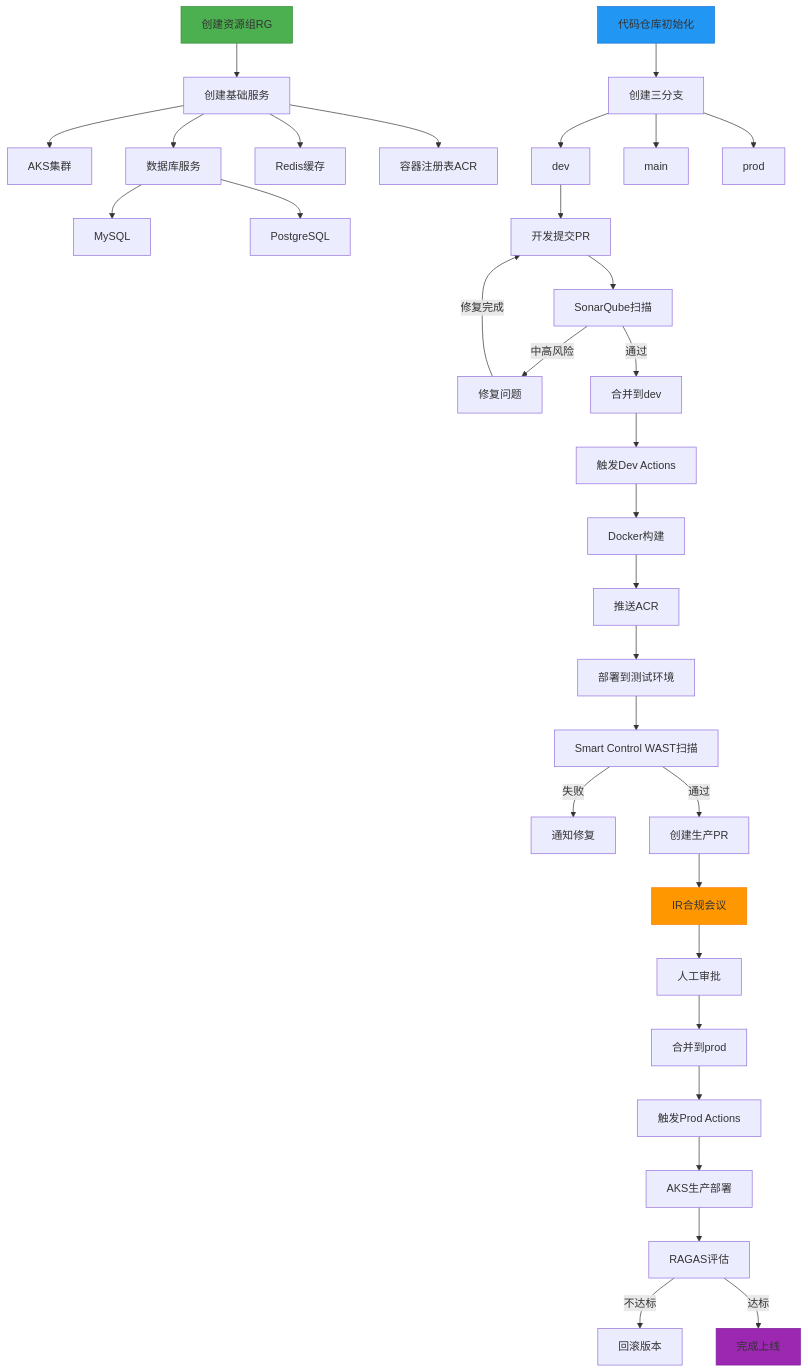
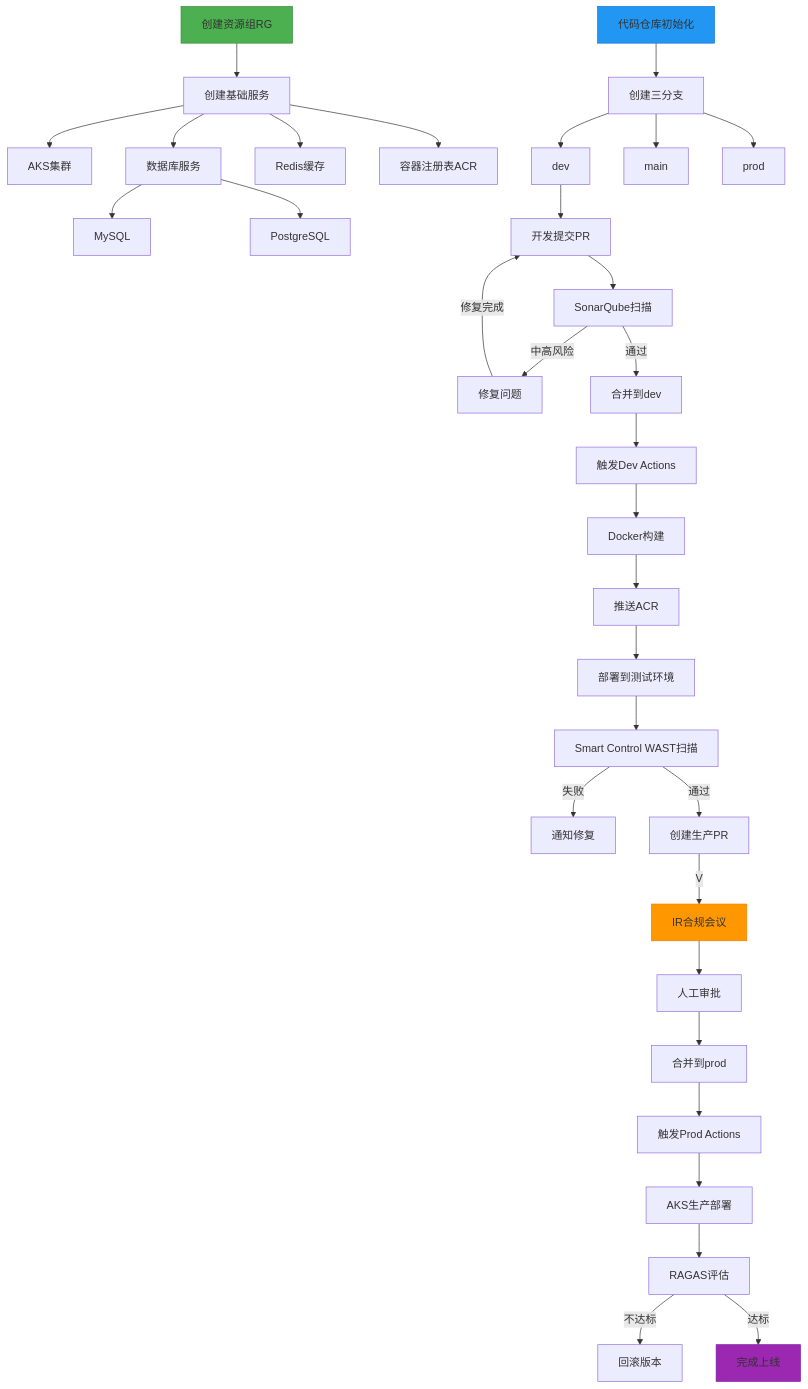
One commit to funnyData/iodraw-files changed the diagram in all/未命名-1.md. Above: the diagram before and after it, drawn with Mermaid.

Commit message:
2025-02-27 09:03:51 update

````diff
--- a/all/未命名-1.md
+++ b/all/未命名-1.md
@@ -1,51 +1,52 @@
 ```mermaid
 graph TD
     A[创建资源组RG] --> B[创建基础服务]
     B --> C[AKS集群]
     B --> D[数据库服务]
     D --> DA[MySQL]
     D --> DB[PostgreSQL]
     B --> E[Redis缓存]
     B --> F[容器注册表ACR]
     
     G[代码仓库初始化] --> H[创建三分支]
     H --> I[dev]
     H --> J[main]
     H --> K[prod]
     
     I --> L[开发提交PR]
     L --> M[SonarQube扫描]
     M -->|中高风险| N[修复问题]
     N -->|修复完成|L
     M -->|通过| O[合并到dev]
     
     O --> P[触发Dev Actions]
     P --> Q[Docker构建]
     Q --> R[推送ACR]
     R --> S[部署到测试环境]
     
     S --> T[Smart Control WAST扫描]
     T -->|失败| U[通知修复]
 
     
     T -->|通过| V[创建生产PR]
+    V --
     
     V --> W[IR合规会议]
     W --> X[人工审批]
     X --> Y[合并到prod]
     
     Y --> Z[触发Prod Actions]
     Z --> AC[AKS生产部署]
     %% Z --> AA[安全扫描]
     %% AA -->|高风险| AB[终止部署]
     %% AA -->|通过| AC[AKS生产部署]
     
     AC --> AD[RAGAS评估]
     AD -->|不达标| AE[回滚版本]
     AD -->|达标| AF[完成上线]
     
     style A fill:#4CAF50,stroke:#388E3C
     style G fill:#2196F3,stroke:#1976D2
     style W fill:#FF9800,stroke:#F57C00
     style AF fill:#9C27B0,stroke:#7B1FA2
 ```
````
